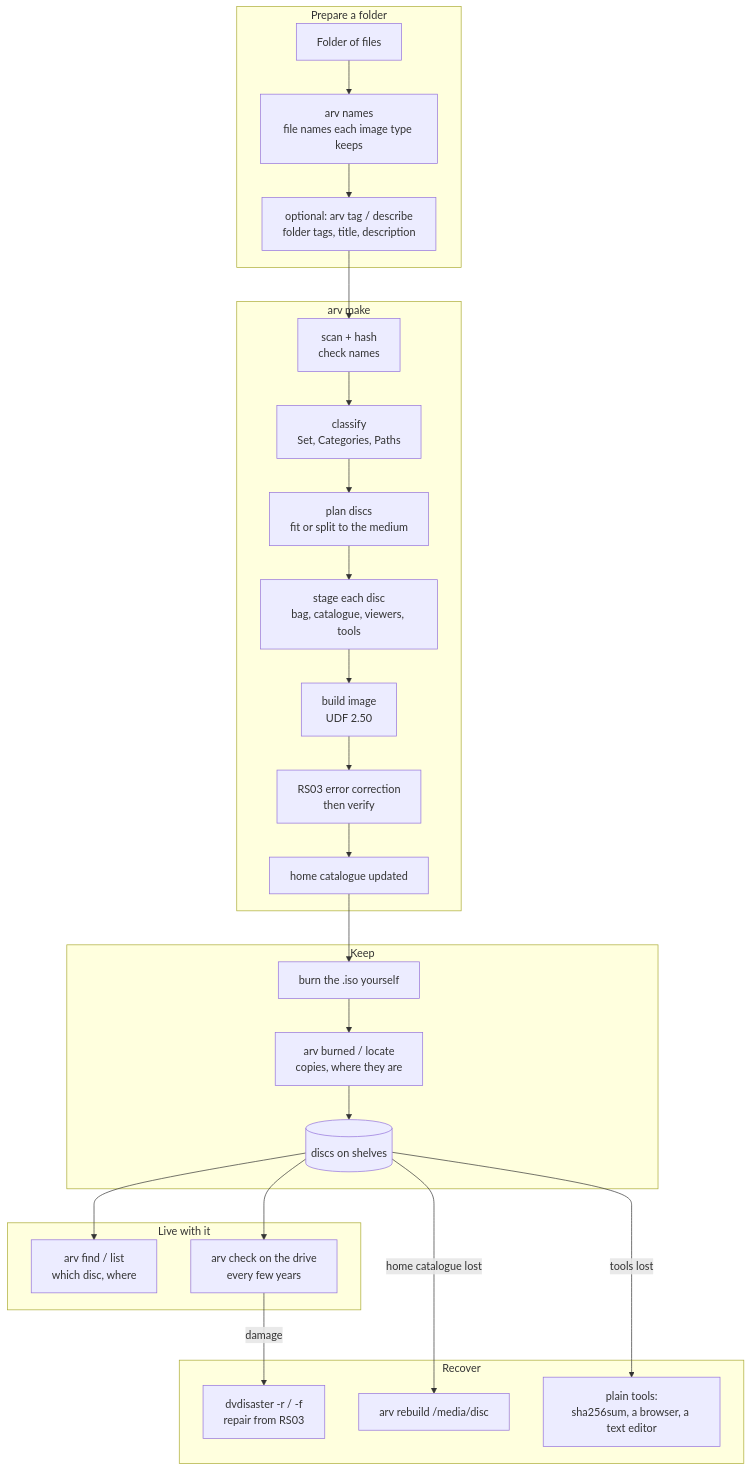
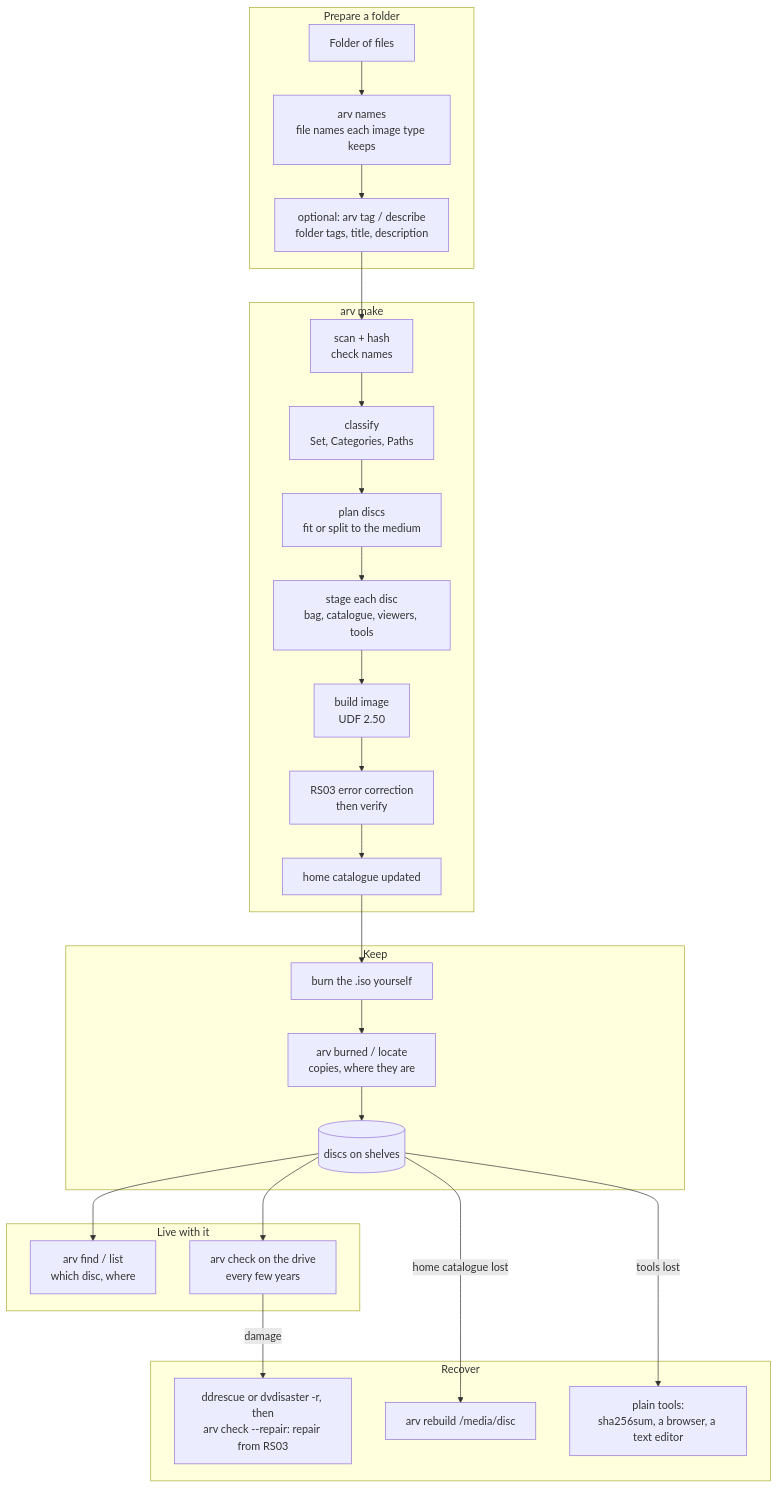
One commit to mofosyne/arv changed the diagram in docs/workflow.md. Above: the diagram before and after it, drawn with Mermaid. The commit also changed other lines of this file and 31 other files, not shown here.

First line of the commit message:
RS03 repair in arv: rs03_repair, rs03 -f, arv check --image --repair

````diff
--- a/docs/workflow.md
+++ b/docs/workflow.md
@@ -14,30 +14,30 @@
 ```mermaid
 flowchart TD
     subgraph prepare [Prepare a folder]
         A[Folder of files] --> N[arv names<br/>file names each image type keeps]
         N --> T[optional: arv tag / describe<br/>folder tags, title, description]
     end
     subgraph make [arv make]
         T --> M1[scan + hash<br/>check names]
         M1 --> M2[classify<br/>Set, Categories, Paths]
         M2 --> M3[plan discs<br/>fit or split to the medium]
         M3 --> M4[stage each disc<br/>bag, catalogue, viewers, tools]
         M4 --> M5[build image<br/>UDF 2.50]
         M5 --> M6[RS03 error correction<br/>then verify]
         M6 --> M7[home catalogue updated]
     end
     subgraph keep [Keep]
         M7 --> B[burn the .iso yourself]
         B --> R[arv burned / locate<br/>copies, where they are]
         R --> S[(discs on shelves)]
     end
     subgraph live [Live with it]
         S --> F[arv find / list<br/>which disc, where]
         S --> C[arv check on the drive<br/>every few years]
     end
     subgraph recover [Recover]
-        C -- damage --> D[dvdisaster -r / -f<br/>repair from RS03]
+        C -- damage --> D[ddrescue or dvdisaster -r, then<br/>arv check --repair: repair from RS03]
         S -- home catalogue lost --> RB[arv rebuild /media/disc]
         S -- tools lost --> P[plain tools:<br/>sha256sum, a browser, a text editor]
     end
 ```
````
